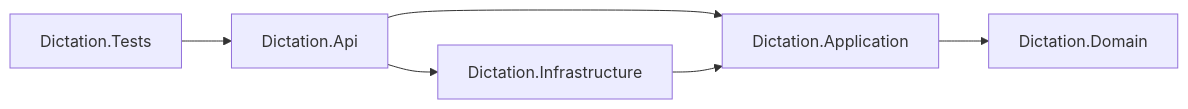
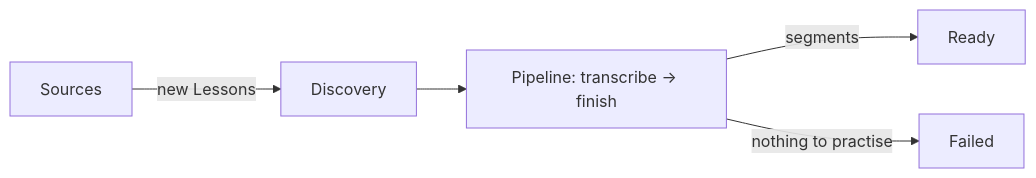
Before and after one commit to ngominh114/Dictation: the diagram in _bmad-output/architecture-dictation-practice/architecture-dictation-practice.md, drawn with Mermaid. The commit also changed other lines of this file and 7 other files, not shown here.

````diff
--- a/_bmad-output/architecture-dictation-practice/architecture-dictation-practice.md
+++ b/_bmad-output/architecture-dictation-practice/architecture-dictation-practice.md
@@ -36,8 +38,7 @@
 ```mermaid
 graph LR
-  Api[Dictation.Api] --> App[Dictation.Application]
-  Api --> Infra[Dictation.Infrastructure]
-  Infra --> App
-  App --> Domain[Dictation.Domain]
-  Tests[Dictation.Tests] --> Api
+  S[Sources] -->|new Lessons| D[Discovery]
+  D --> P[Pipeline: transcribe → finish]
+  P -->|segments| R[Ready]
+  P -->|nothing to practise| F[Failed]
 ```
````
